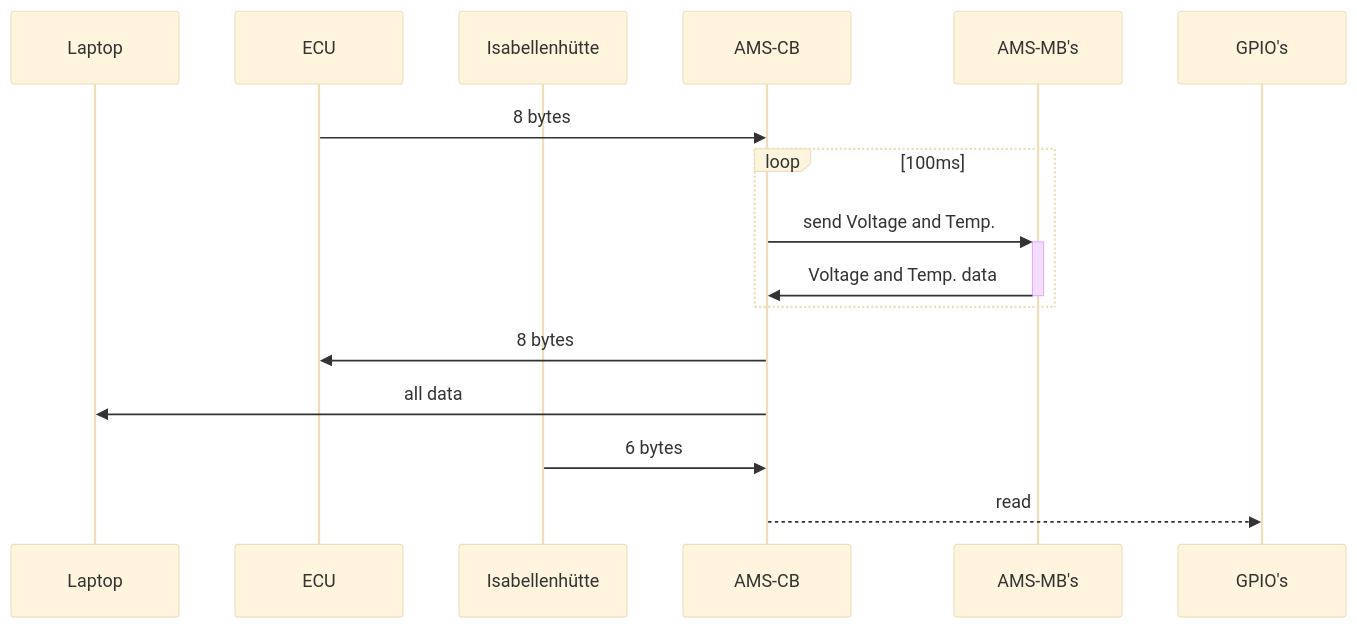
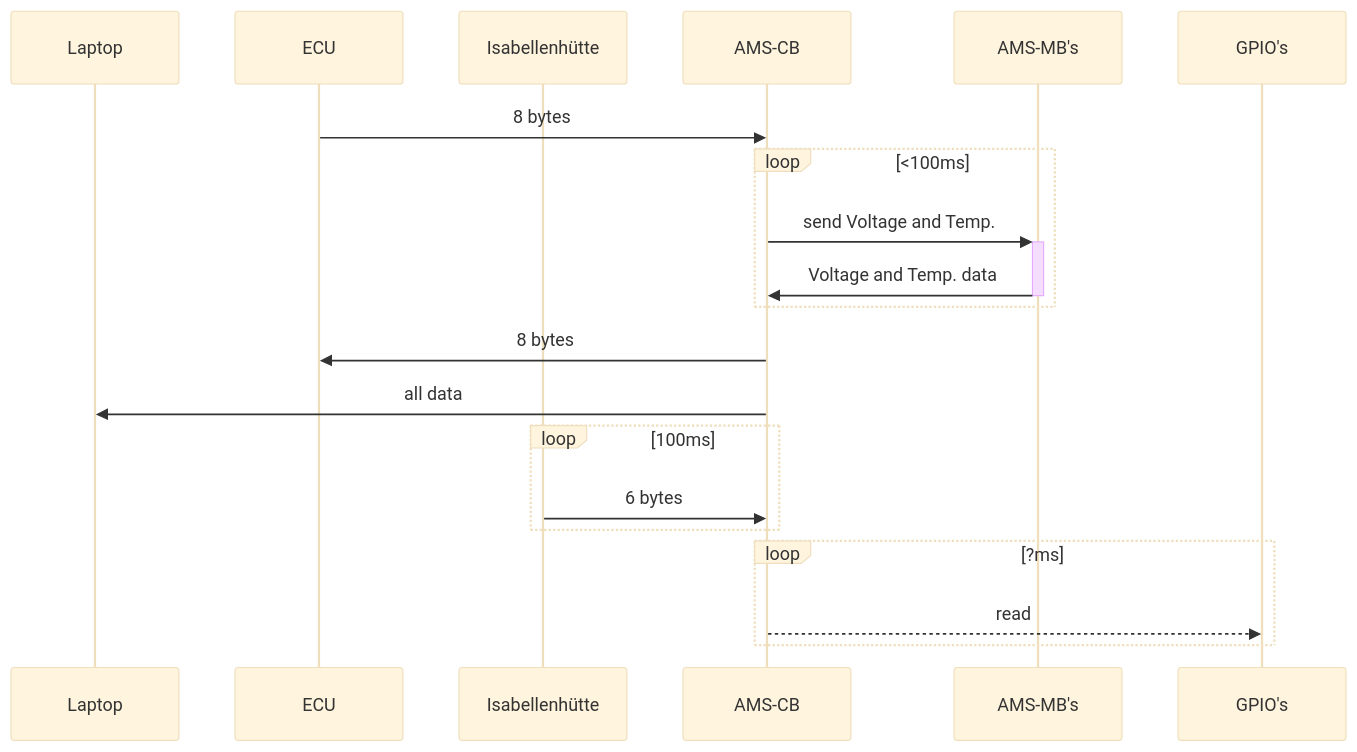
Before and after one commit to renolluc/BMS_zephyr: the second of 2 diagrams in README.md, drawn with Mermaid (base theme). The commit also changed other lines of this file, not shown here.

````diff
--- a/README.md
+++ b/README.md
@@ -5,21 +34,24 @@
 ```mermaid
 sequenceDiagram
     participant laptop as Laptop
     participant ecu as ECU
     participant ivt-s as Isabellenhütte
     participant nucleo as AMS-CB
     participant adbms as AMS-MB's
     participant gpio as GPIO's
 
     ecu->>nucleo: 8 bytes
-    loop 100ms
+    loop <100ms
     nucleo->>+adbms: send Voltage and Temp.
     adbms->>-nucleo: Voltage and Temp. data
     end
     nucleo->>ecu: 8 bytes
     nucleo->>laptop: all data
+    loop 100ms
     ivt-s->>nucleo: 6 bytes
+    end
+    loop ?ms
     nucleo-->>gpio: read
-    
+    end
 
 ```
````
